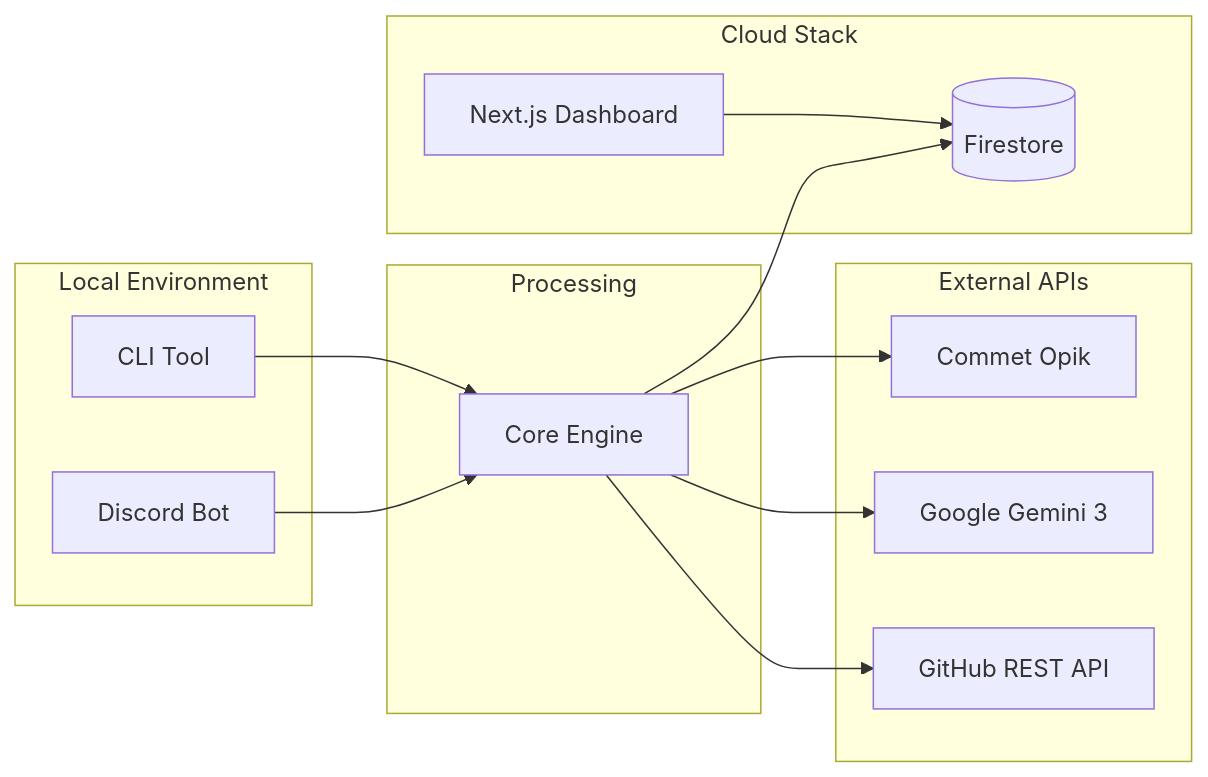
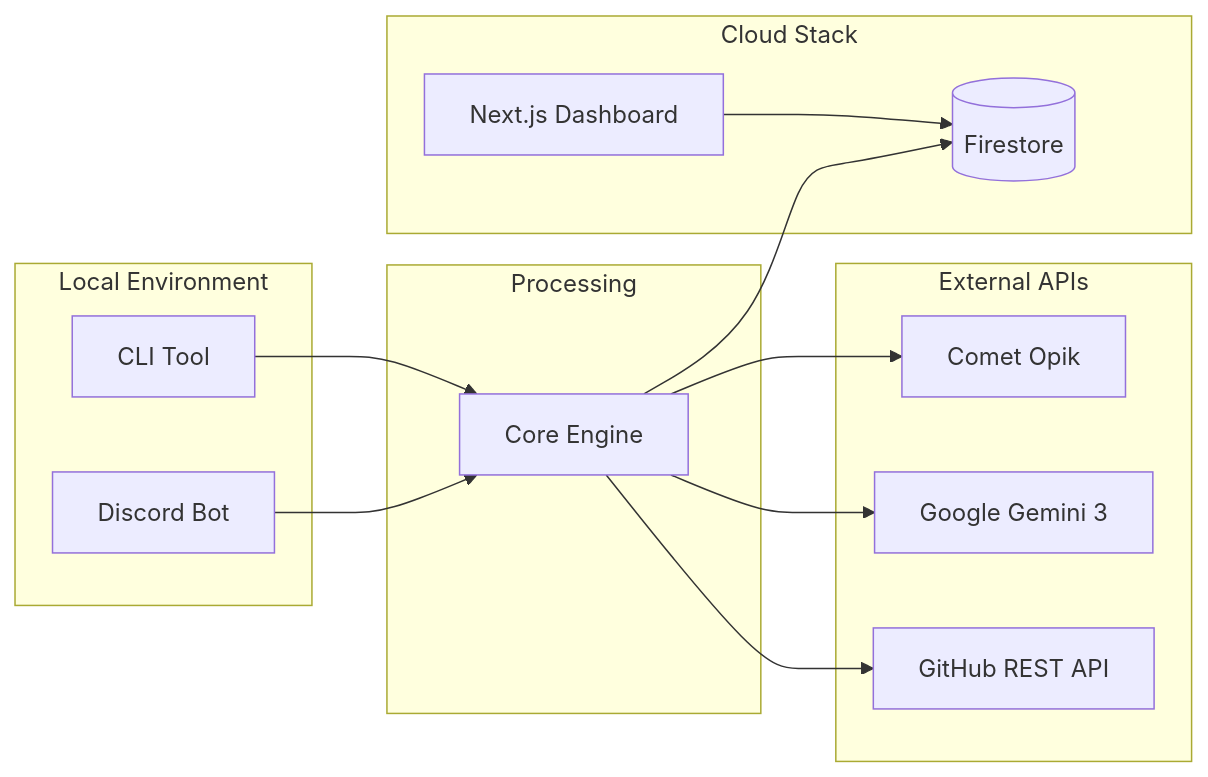
Before and after one commit to nashy3k/momentum-shadow-dev: the second of 2 diagrams in README.md, drawn with Mermaid. The commit also changed 1 other file, not shown here.

Commit message:
Add Dockerfile for Zo Computer and update README

````diff
--- a/README.md
+++ b/README.md
@@ -25,30 +25,30 @@
 ```mermaid
 flowchart LR
     subgraph LocalEnv [Local Environment]
         Bot[Discord Bot]
         CLI[CLI Tool]
     end
 
     subgraph Logic [Processing]
         Engine[Core Engine]
     end
 
     subgraph APIs [External APIs]
-        Opik[Commet Opik]
+        Opik[Comet Opik]
         Gemini[Google Gemini 3]
         GitHub[GitHub REST API]
     end
 
     subgraph Cloud [Cloud Stack]
         DB[(Firestore)]
         Web[Next.js Dashboard]
     end
 
     Bot --> Engine
     CLI --> Engine
     Engine --> Opik
     Engine --> Gemini
     Engine --> GitHub
     Engine --> DB
     Web --> DB
 ```
````
